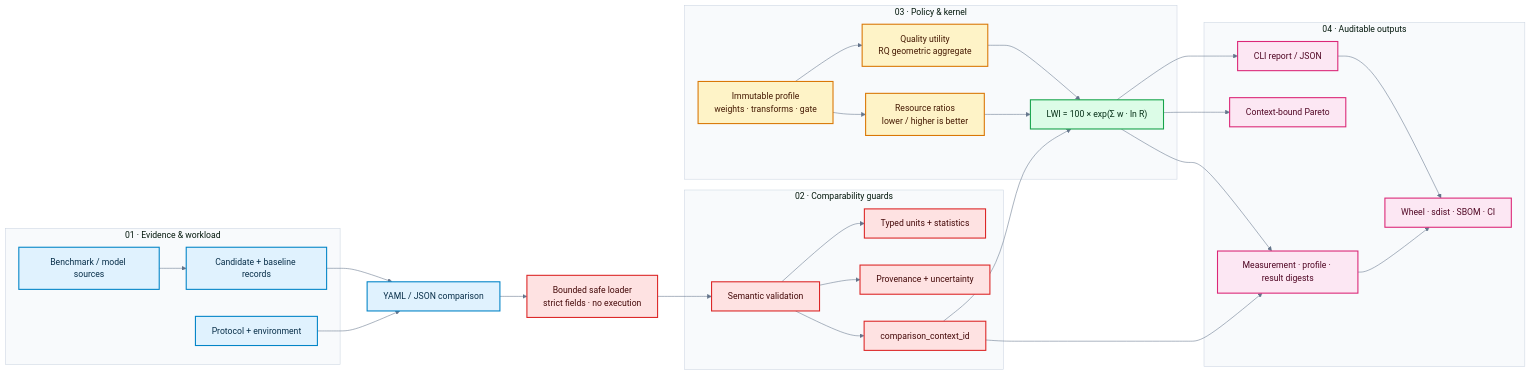
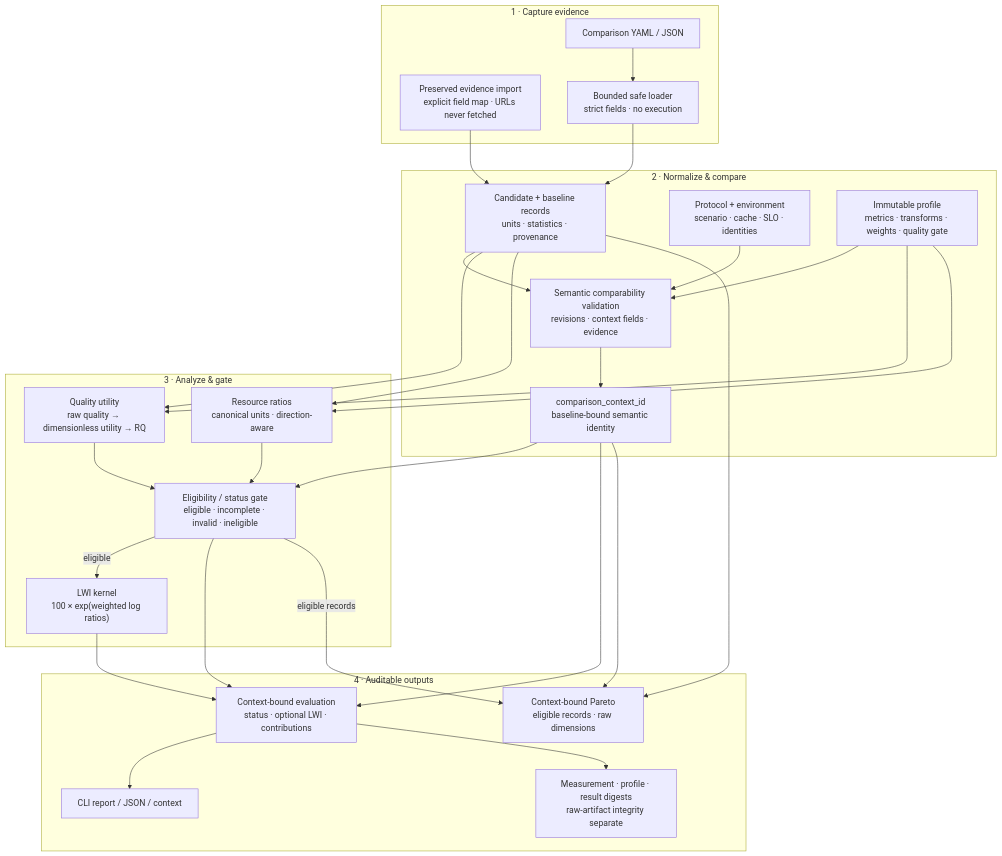
Before and after one commit to weby-homelab/llm-weissman-index: the diagram in README.md, drawn with Mermaid. The commit also changed other lines of this file and 5 other files, not shown here.

````diff
--- a/README.md
+++ b/README.md
@@ -50,64 +53,57 @@
 ```mermaid
-%%{init: {"theme": "base", "themeVariables": {"fontFamily": "Inter, ui-sans-serif, system-ui", "primaryColor": "#FFF4D6", "primaryTextColor": "#172033", "primaryBorderColor": "#F59E0B", "lineColor": "#64748B", "secondaryColor": "#E0F2FE", "tertiaryColor": "#FCE7F3", "clusterBkg": "#F8FAFC", "clusterBorder": "#CBD5E1"}}}%%
-flowchart LR
-    subgraph EVIDENCE["01 · Evidence & workload"]
-        SRC["Benchmark / model sources"]
-        RECORDS["Candidate + baseline records"]
-        PROTOCOL["Protocol + environment"]
+flowchart TB
+    accTitle: LLM Weissman Index evaluation pipeline
+    accDescr: Untrusted comparison evidence is parsed and validated, combined with an immutable profile, gated for eligibility, and emitted as context-bound reports, digests, and Pareto analysis.
+
+    subgraph CAPTURE["1 · Capture evidence"]
+        INPUT["Comparison YAML / JSON"]
+        IMPORT["Preserved evidence import<br/>explicit field map · URLs never fetched"]
+        SAFE["Bounded safe loader<br/>strict fields · no execution"]
+        INPUT --> SAFE
     end
 
-    INPUT["YAML / JSON comparison"]
-    SAFE["Bounded safe loader\nstrict fields · no execution"]
-
-    subgraph GUARDS["02 · Comparability guards"]
-        VALIDATE["Semantic validation"]
-        UNITS["Typed units + statistics"]
-        PROVENANCE["Provenance + uncertainty"]
-        CONTEXT["comparison_context_id"]
+    subgraph NORMALIZE["2 · Normalize & compare"]
+        RECORDS["Candidate + baseline records<br/>units · statistics · provenance"]
+        PROTOCOL["Protocol + environment<br/>scenario · cache · SLO · identities"]
+        PROFILE["Immutable profile<br/>metrics · transforms · weights · quality gate"]
+        VALIDATE["Semantic comparability validation<br/>revisions · context fields · evidence"]
+        CONTEXT["comparison_context_id<br/>baseline-bound semantic identity"]
+        SAFE --> RECORDS
+        IMPORT --> RECORDS
+        RECORDS --> VALIDATE
+        PROTOCOL --> VALIDATE
+        PROFILE --> VALIDATE
+        VALIDATE --> CONTEXT
     end
 
-    subgraph KERNEL["03 · Policy & kernel"]
-        PROFILE["Immutable profile\nweights · transforms · gate"]
-        QUALITY["Quality utility\nRQ geometric aggregate"]
-        RATIOS["Resource ratios\nlower / higher is better"]
-        LWI["LWI = 100 × exp(Σ w · ln R)"]
+    subgraph ANALYZE["3 · Analyze & gate"]
+        QUALITY["Quality utility<br/>raw quality → dimensionless utility → RQ"]
+        RATIOS["Resource ratios<br/>canonical units · direction-aware"]
+        STATUS["Eligibility / status gate<br/>eligible · incomplete · invalid · ineligible"]
+        KERNEL["LWI kernel<br/>100 × exp(weighted log ratios)"]
+        RECORDS --> QUALITY
+        RECORDS --> RATIOS
+        PROFILE --> QUALITY
+        PROFILE --> RATIOS
+        QUALITY --> STATUS
+        RATIOS --> STATUS
+        CONTEXT --> STATUS
+        STATUS -->|eligible| KERNEL
     end
 
-    subgraph OUTPUTS["04 · Auditable outputs"]
-        REPORT["CLI report / JSON"]
-        PARETO["Context-bound Pareto"]
-        DIGESTS["Measurement · profile · result digests"]
-        ARTIFACTS["Wheel · sdist · SBOM · CI"]
+    subgraph OUTPUTS["4 · Auditable outputs"]
+        EVALUATION["Context-bound evaluation<br/>status · optional LWI · contributions"]
+        REPORT["CLI report / JSON / context"]
+        DIGESTS["Measurement · profile · result digests<br/>raw-artifact integrity separate"]
+        PARETO["Context-bound Pareto<br/>eligible records · raw dimensions"]
+        EVALUATION --> REPORT
+        EVALUATION --> DIGESTS
     end
 
-    SRC --> RECORDS
-    RECORDS --> INPUT
-    PROTOCOL --> INPUT
-    INPUT --> SAFE --> VALIDATE
-    VALIDATE --> UNITS
-    VALIDATE --> PROVENANCE
-    VALIDATE --> CONTEXT
-    PROFILE --> QUALITY
-    PROFILE --> RATIOS
-    CONTEXT --> LWI
-    QUALITY --> LWI
-    RATIOS --> LWI
-    LWI --> REPORT
-    LWI --> PARETO
-    CONTEXT --> DIGESTS
-    LWI --> DIGESTS
-    REPORT --> ARTIFACTS
-    DIGESTS --> ARTIFACTS
-
-    classDef source fill:#E0F2FE,stroke:#0284C7,color:#082F49,stroke-width:2px;
-    classDef guard fill:#FEE2E2,stroke:#DC2626,color:#450A0A,stroke-width:2px;
-    classDef policy fill:#FEF3C7,stroke:#D97706,color:#451A03,stroke-width:2px;
-    classDef kernel fill:#DCFCE7,stroke:#16A34A,color:#052E16,stroke-width:2px;
-    classDef output fill:#FCE7F3,stroke:#DB2777,color:#500724,stroke-width:2px;
-
-    class SRC,RECORDS,PROTOCOL,INPUT source;
-    class SAFE,VALIDATE,UNITS,PROVENANCE,CONTEXT guard;
-    class PROFILE,QUALITY,RATIOS policy;
-    class LWI kernel;
-    class REPORT,PARETO,DIGESTS,ARTIFACTS output;
+    STATUS --> EVALUATION
+    KERNEL --> EVALUATION
+    CONTEXT --> EVALUATION
+    RECORDS --> PARETO
+    CONTEXT --> PARETO
+    STATUS -->|eligible records| PARETO
 ```
````
